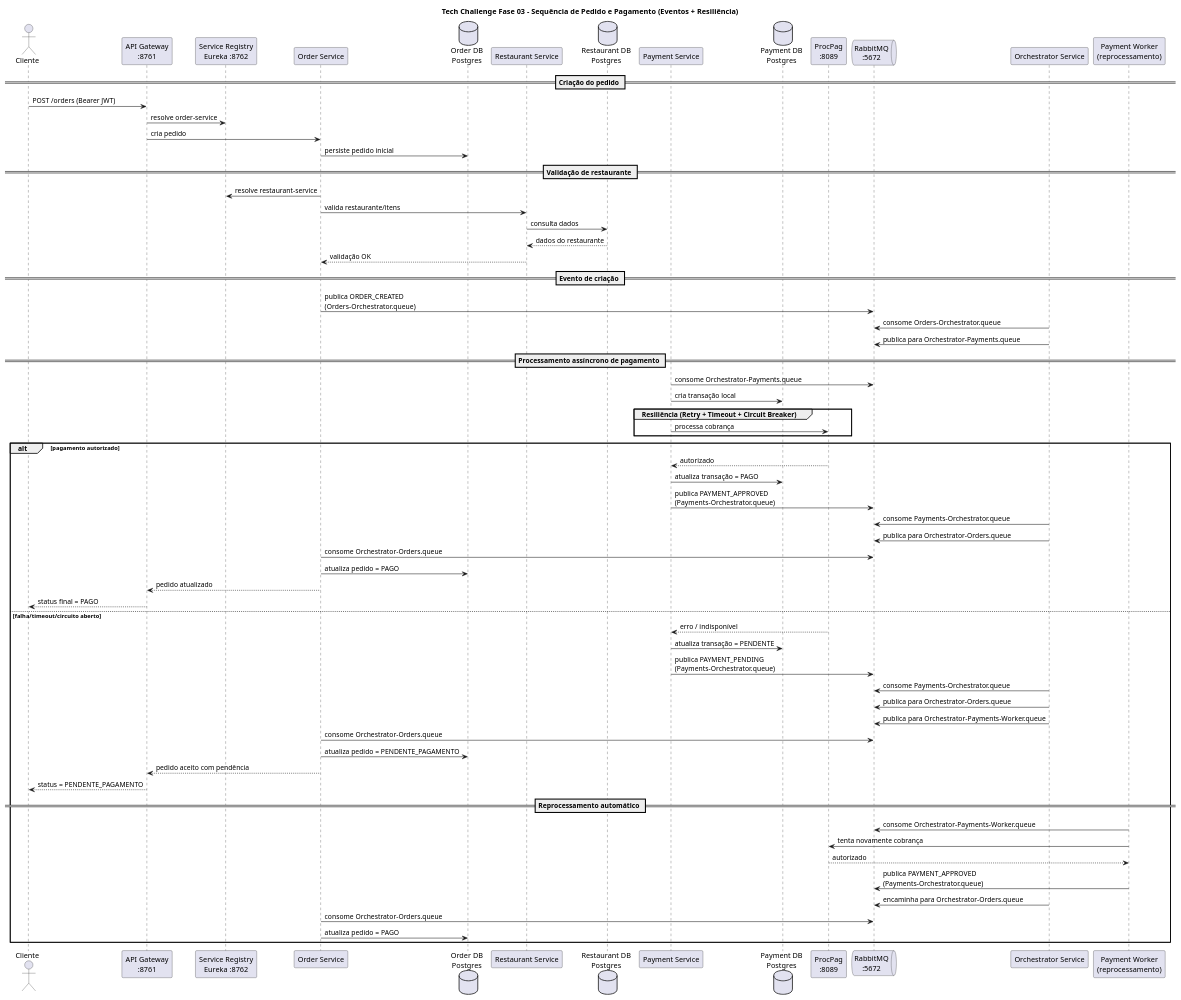
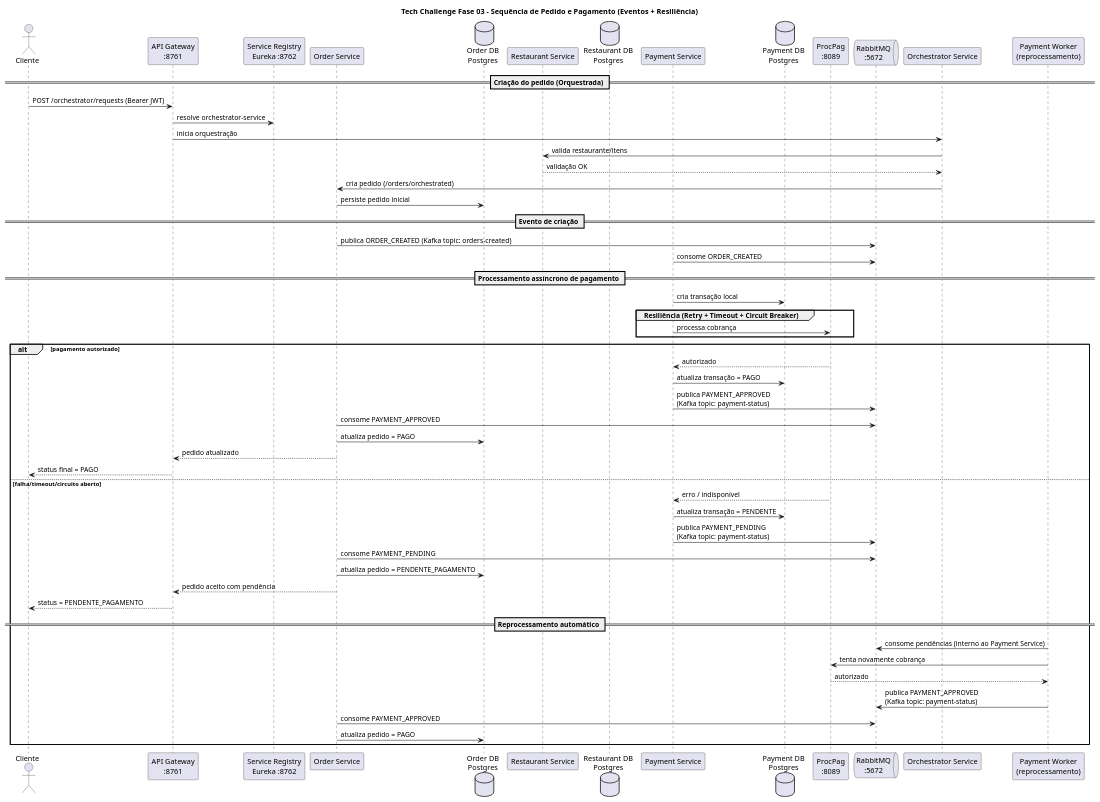
Before and after one commit to eps364/tech-challenge-fase-03: the diagram in docs/diagrams/arquitetura-sequencia-pedido-pagamento.puml, drawn with PlantUML. The commit also changed 3 other files, not shown here.

Commit message:
docs: update diagrams and services documentation

```diff
--- a/docs/diagrams/arquitetura-sequencia-pedido-pagamento.puml
+++ b/docs/diagrams/arquitetura-sequencia-pedido-pagamento.puml
@@ -1,76 +1,64 @@
 @startuml
 title Tech Challenge Fase 03 - Sequência de Pedido e Pagamento (Eventos + Resiliência)
 
 actor Cliente
 participant "API Gateway\n:8761" as APIGW
 participant "Service Registry\nEureka :8762" as EUREKA
 participant "Order Service" as ORDER
 database "Order DB\nPostgres" as ORDERDB
 participant "Restaurant Service" as REST
 database "Restaurant DB\nPostgres" as RESTDB
 participant "Payment Service" as PAY
 database "Payment DB\nPostgres" as PAYDB
 participant "ProcPag\n:8089" as PROCPAG
 queue "RabbitMQ\n:5672" as BROKER
 participant "Orchestrator Service" as ORQ
 participant "Payment Worker\n(reprocessamento)" as WORKER
 
-== Criação do pedido ==
-Cliente -> APIGW: POST /orders (Bearer JWT)
-APIGW -> EUREKA: resolve order-service
-APIGW -> ORDER: cria pedido
+== Criação do pedido (Orquestrada) ==
+Cliente -> APIGW: POST /orchestrator/requests (Bearer JWT)
+APIGW -> EUREKA: resolve orchestrator-service
+APIGW -> ORQ: inicia orquestração
+ORQ -> REST: valida restaurante/itens
+REST --> ORQ: validação OK
+ORQ -> ORDER: cria pedido (/orders/orchestrated)
 ORDER -> ORDERDB: persiste pedido inicial
 
-== Validação de restaurante ==
-ORDER -> EUREKA: resolve restaurant-service
-ORDER -> REST: valida restaurante/itens
-REST -> RESTDB: consulta dados
-RESTDB --> REST: dados do restaurante
-REST --> ORDER: validação OK
-
 == Evento de criação ==
-ORDER -> BROKER: publica ORDER_CREATED\n(Orders-Orchestrator.queue)
-ORQ -> BROKER: consome Orders-Orchestrator.queue
-ORQ -> BROKER: publica para Orchestrator-Payments.queue
+ORDER -> BROKER: publica ORDER_CREATED (Kafka topic: orders-created)
+PAY -> BROKER: consome ORDER_CREATED
 
 == Processamento assíncrono de pagamento ==
-PAY -> BROKER: consome Orchestrator-Payments.queue
 PAY -> PAYDB: cria transação local
 
 group Resiliência (Retry + Timeout + Circuit Breaker)
 PAY -> PROCPAG: processa cobrança
 end
 
 alt pagamento autorizado
 	PROCPAG --> PAY: autorizado
 	PAY -> PAYDB: atualiza transação = PAGO
-	PAY -> BROKER: publica PAYMENT_APPROVED\n(Payments-Orchestrator.queue)
-	ORQ -> BROKER: consome Payments-Orchestrator.queue
-	ORQ -> BROKER: publica para Orchestrator-Orders.queue
-	ORDER -> BROKER: consome Orchestrator-Orders.queue
+	PAY -> BROKER: publica PAYMENT_APPROVED\n(Kafka topic: payment-status)
+	ORDER -> BROKER: consome PAYMENT_APPROVED
 	ORDER -> ORDERDB: atualiza pedido = PAGO
 	ORDER --> APIGW: pedido atualizado
 	APIGW --> Cliente: status final = PAGO
 else falha/timeout/circuito aberto
 	PROCPAG --> PAY: erro / indisponível
 	PAY -> PAYDB: atualiza transação = PENDENTE
-	PAY -> BROKER: publica PAYMENT_PENDING\n(Payments-Orchestrator.queue)
-	ORQ -> BROKER: consome Payments-Orchestrator.queue
-	ORQ -> BROKER: publica para Orchestrator-Orders.queue
-	ORQ -> BROKER: publica para Orchestrator-Payments-Worker.queue
-	ORDER -> BROKER: consome Orchestrator-Orders.queue
+	PAY -> BROKER: publica PAYMENT_PENDING\n(Kafka topic: payment-status)
+	ORDER -> BROKER: consome PAYMENT_PENDING
 	ORDER -> ORDERDB: atualiza pedido = PENDENTE_PAGAMENTO
 	ORDER --> APIGW: pedido aceito com pendência
 	APIGW --> Cliente: status = PENDENTE_PAGAMENTO
 
 	== Reprocessamento automático ==
-	WORKER -> BROKER: consome Orchestrator-Payments-Worker.queue
+	WORKER -> BROKER: consome pendências (interno ao Payment Service)
 	WORKER -> PROCPAG: tenta novamente cobrança
 	PROCPAG --> WORKER: autorizado
-	WORKER -> BROKER: publica PAYMENT_APPROVED\n(Payments-Orchestrator.queue)
-	ORQ -> BROKER: encaminha para Orchestrator-Orders.queue
-	ORDER -> BROKER: consome Orchestrator-Orders.queue
+	WORKER -> BROKER: publica PAYMENT_APPROVED\n(Kafka topic: payment-status)
+	ORDER -> BROKER: consome PAYMENT_APPROVED
 	ORDER -> ORDERDB: atualiza pedido = PAGO
 end
 
 @enduml
```
